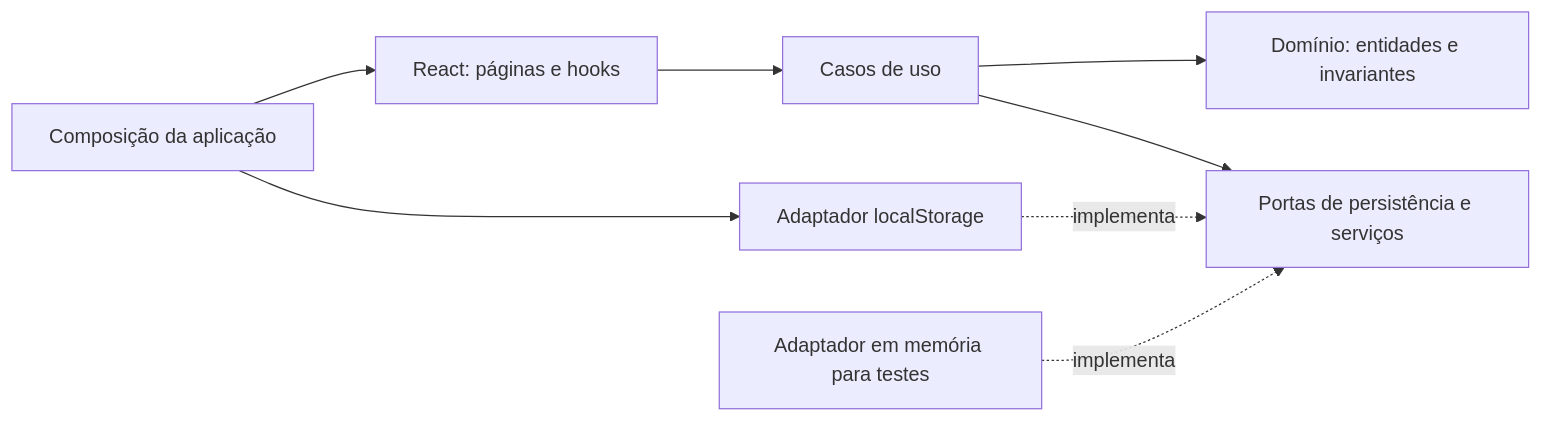
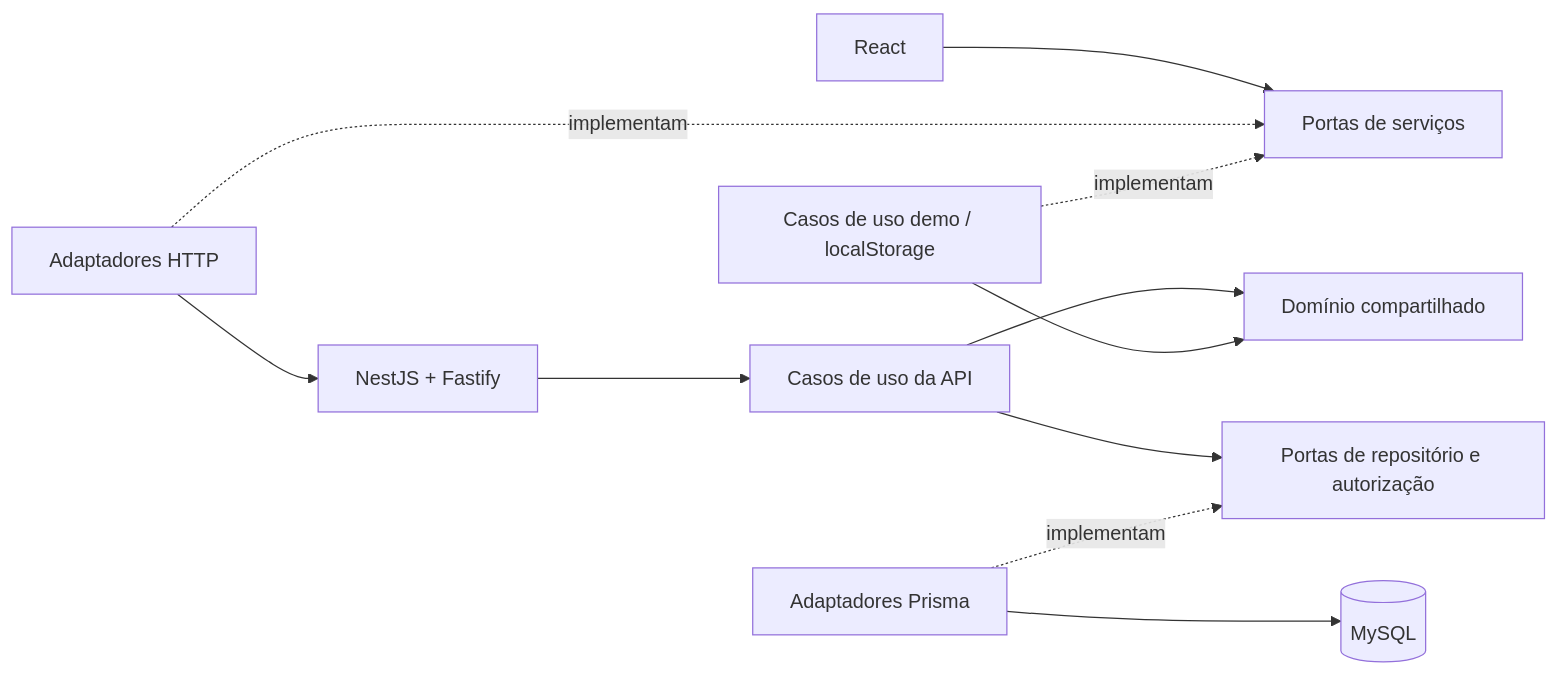
Before and after one commit to DevGueds/saas-cardapio: the diagram in docs/architecture.md, drawn with Mermaid. The commit also changed other lines of this file and 163 other files, not shown here.

````diff
--- a/docs/architecture.md
+++ b/docs/architecture.md
@@ -7,10 +5,13 @@
 ```mermaid
 flowchart LR
-  UI[React: páginas e hooks] --> USE[Casos de uso]
-  USE --> DOM[Domínio: entidades e invariantes]
-  USE --> PORT[Portas de persistência e serviços]
-  LOCAL[Adaptador localStorage] -. implementa .-> PORT
-  MEMORY[Adaptador em memória para testes] -. implementa .-> PORT
-  ROOT[Composição da aplicação] --> UI
-  ROOT --> LOCAL
+  UI[React] --> CLIENT[Portas de serviços]
+  HTTP[Adaptadores HTTP] -. implementam .-> CLIENT
+  DEMO[Casos de uso demo / localStorage] -. implementam .-> CLIENT
+  HTTP --> CONTROLLERS[NestJS + Fastify]
+  CONTROLLERS --> USE[Casos de uso da API]
+  USE --> CORE[Domínio compartilhado]
+  DEMO --> CORE
+  USE --> PORTS[Portas de repositório e autorização]
+  PRISMA[Adaptadores Prisma] -. implementam .-> PORTS
+  PRISMA --> MYSQL[(MySQL)]
 ```
````
